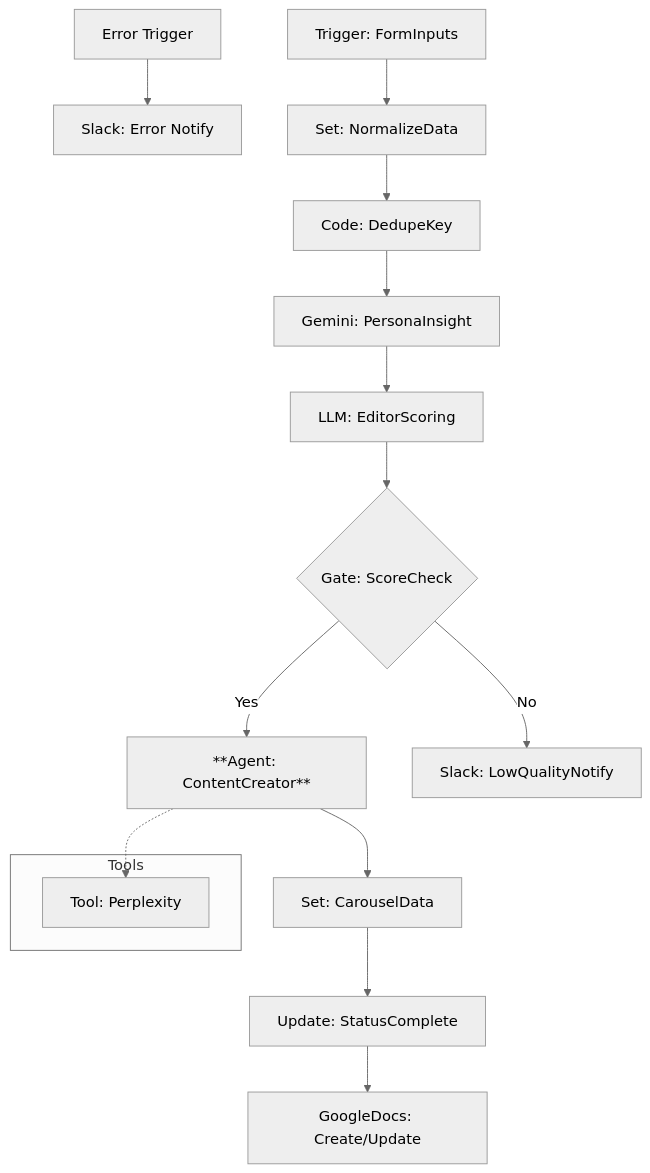
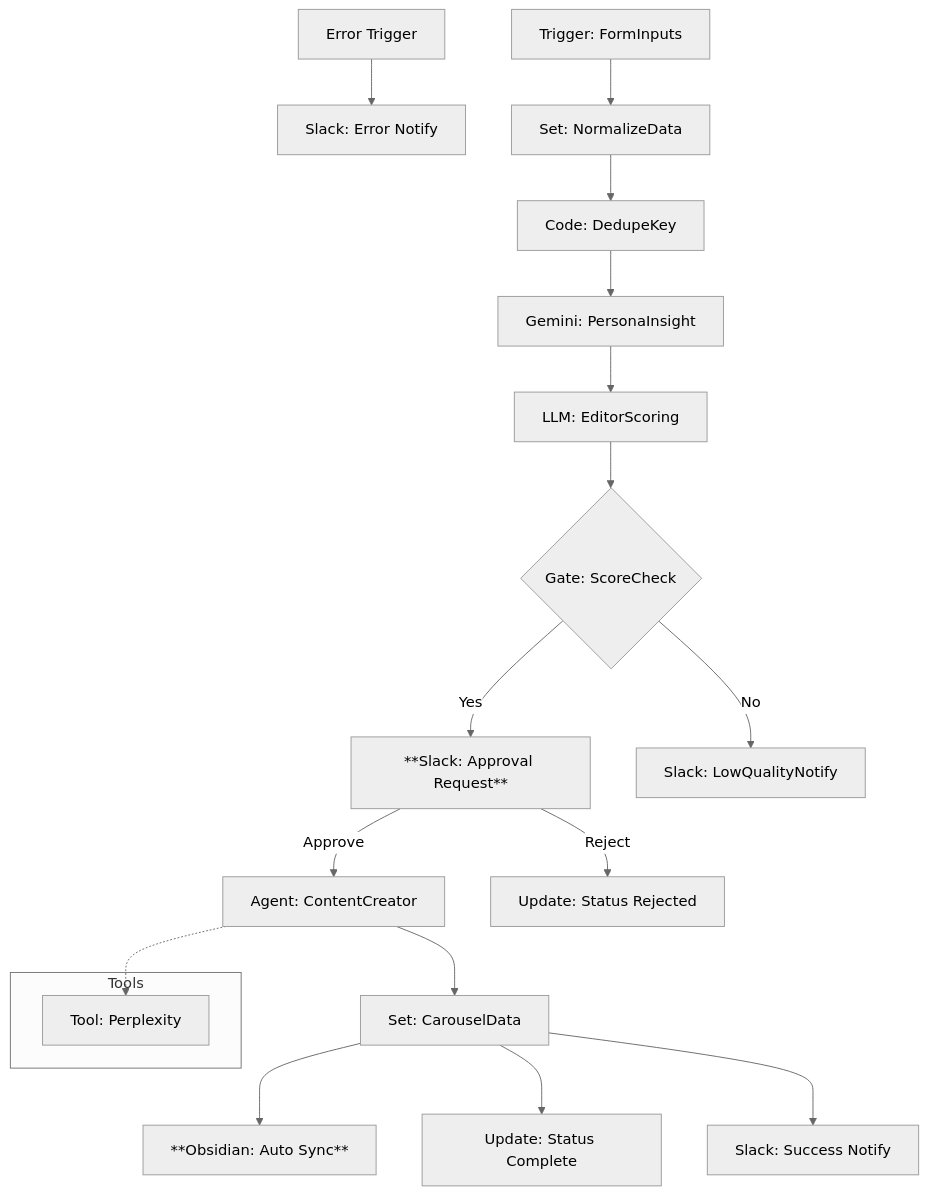
Before and after one commit to takumiwork-n8n/n8n-workflows: the diagram in Practice/insta-input-collector/README.md, drawn with Mermaid (neutral theme). The commit also changed other lines of this file and 1 other file, not shown here.

Commit message:
feat: InstaInput_Collector Phase 3 - Slack HITL and Obsidian Sync

````diff
--- a/Practice/insta-input-collector/README.md
+++ b/Practice/insta-input-collector/README.md
@@ -19,28 +21,33 @@
 ```mermaid
 graph TD
     %% Global Error Handling
     Error[Error Trigger] --> SlackErr[Slack: Error Notify]
 
     %% Input Stage
     Trigger[Trigger: FormInputs] --> Normalize[Set: NormalizeData]
     Normalize --> Dedupe[Code: DedupeKey]
     
     %% Analysis Stage
     Dedupe --> Persona[Gemini: PersonaInsight]
     Persona --> Scoring[LLM: EditorScoring]
     Scoring --> Judging{Gate: ScoreCheck}
     
-    %% Agentic Phase
-    Judging -- Yes --> Agent[**Agent: ContentCreator**]
+    %% HITL Phase (New in Phase 3)
+    Judging -- Yes --> SlackApprove[**Slack: Approval Request**]
+    SlackApprove -- Approve --> Agent[Agent: ContentCreator]
+    SlackApprove -- Reject --> StatusReject[Update: Status Rejected]
     
     subgraph Tools
       PPLX[Tool: Perplexity]
     end
     
     Agent -.-> PPLX
     Agent --> SetData[Set: CarouselData]
-    SetData --> Save[Update: StatusComplete]
-    Save --> GoogleDocs[GoogleDocs: Create/Update]
+    
+    %% Post-Process (New in Phase 3)
+    SetData --> Obsidian[**Obsidian: Auto Sync**]
+    SetData --> Save[Update: Status Complete]
+    SetData --> SlackSuccess[Slack: Success Notify]
     
     Judging -- No --> Notice[Slack: LowQualityNotify]
 ```
````
